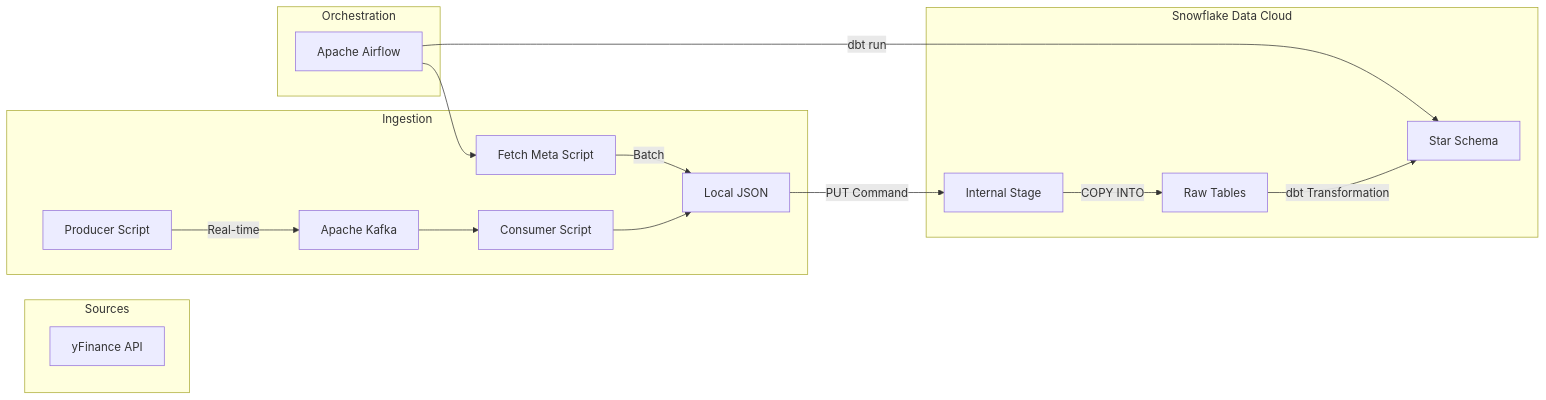
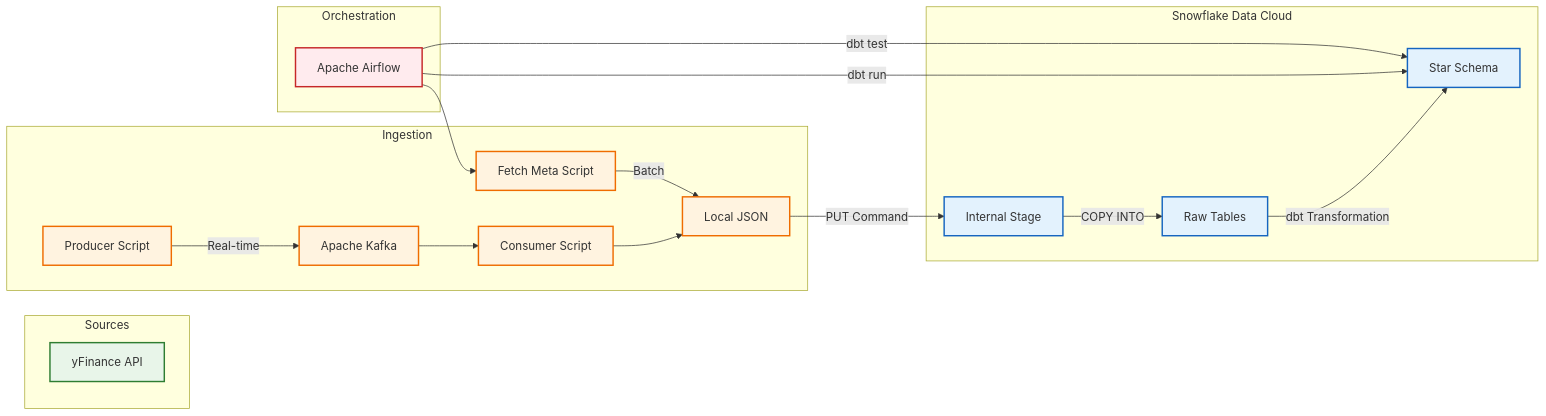
Before and after one commit to bharadwaj98/stock-market-pipeline: the diagram in README.md, drawn with Mermaid. The commit also changed other lines of this file, not shown here.

Commit message:
Modified the formatting of the Readme file

````diff
--- a/README.md
+++ b/README.md
@@ -16,29 +16,36 @@
 ```mermaid
 graph LR
+    %% Define Styles
+    classDef source fill:#e8f5e9,stroke:#2e7d32,stroke-width:2px;
+    classDef ingestion fill:#fff3e0,stroke:#ef6c00,stroke-width:2px;
+    classDef storage fill:#e3f2fd,stroke:#1565c0,stroke-width:2px;
+    classDef orchestration fill:#ffebee,stroke:#c62828,stroke-width:2px;
+
     subgraph Sources
-        YF[yFinance API]
+        YF[yFinance API]:::source
     end
 
     subgraph Ingestion
-        Producer[Producer Script] -->|Real-time| Kafka[Apache Kafka]
-        Kafka --> Consumer[Consumer Script]
-        BatchScript[Fetch Meta Script] -->|Batch| LocalFiles[Local JSON]
+        Producer[Producer Script]:::ingestion -->|Real-time| Kafka[Apache Kafka]:::ingestion
+        Kafka --> Consumer[Consumer Script]:::ingestion
+        BatchScript[Fetch Meta Script]:::ingestion -->|Batch| LocalFiles[Local JSON]:::ingestion
         Consumer --> LocalFiles
     end
 
     subgraph Snowflake Data Cloud
-        Stage[Internal Stage]
-        Raw[Raw Tables]
-        Analytics[Star Schema]
+        Stage[Internal Stage]:::storage
+        Raw[Raw Tables]:::storage
+        Analytics[Star Schema]:::storage
     end
 
     subgraph Orchestration
-        Airflow[Apache Airflow]
+        Airflow[Apache Airflow]:::orchestration
     end
 
     LocalFiles -->|PUT Command| Stage
     Stage -->|COPY INTO| Raw
     Raw -->|dbt Transformation| Analytics
     Airflow --> BatchScript
     Airflow -->|dbt run| Analytics
+    Airflow -->|dbt test| Analytics
 ```
````
